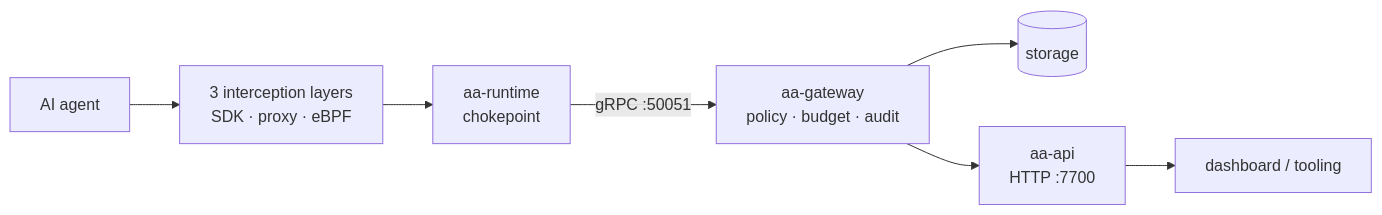
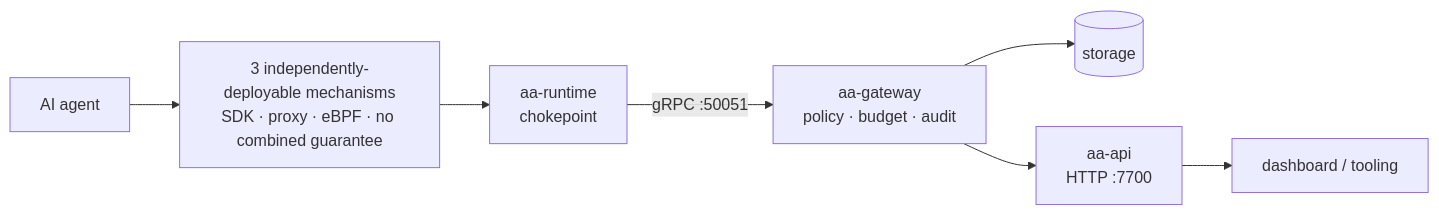
One commit to ai-agent-assembly/agent-assembly changed the diagram in docs/src/architecture/README.md. Above: the diagram before and after it, drawn with Mermaid. The commit also changed other lines of this file and 1 other file, not shown here.

First line of the commit message:
📝 (docs): Reframe architecture/README.md's 3-layer diagram

````diff
--- a/docs/src/architecture/README.md
+++ b/docs/src/architecture/README.md
@@ -47,9 +48,9 @@
 ```mermaid
 flowchart LR
-    Agent[AI agent] --> Layers["3 interception layers<br/>SDK · proxy · eBPF"]
-    Layers --> RT["aa-runtime<br/>chokepoint"]
+    Agent[AI agent] --> Mechs["3 independently-deployable mechanisms<br/>SDK · proxy · eBPF · no combined guarantee"]
+    Mechs --> RT["aa-runtime<br/>chokepoint"]
     RT -->|gRPC :50051| GW["aa-gateway<br/>policy · budget · audit"]
     GW --> Store[("storage")]
     GW --> API["aa-api<br/>HTTP :7700"]
     API --> Dash["dashboard / tooling"]
 ```
````
